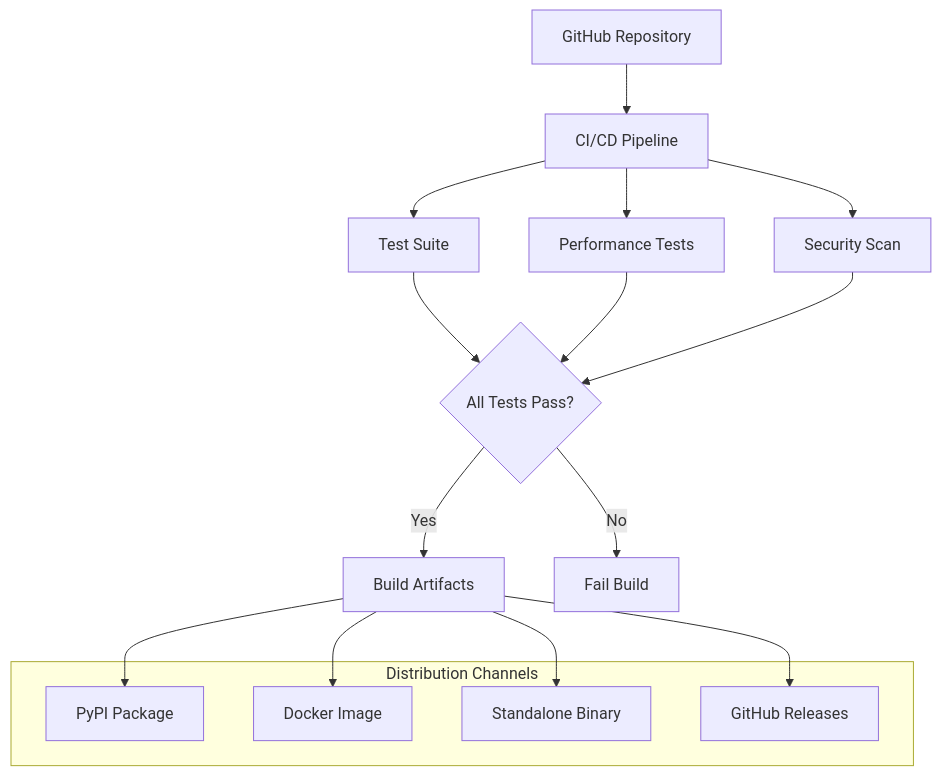
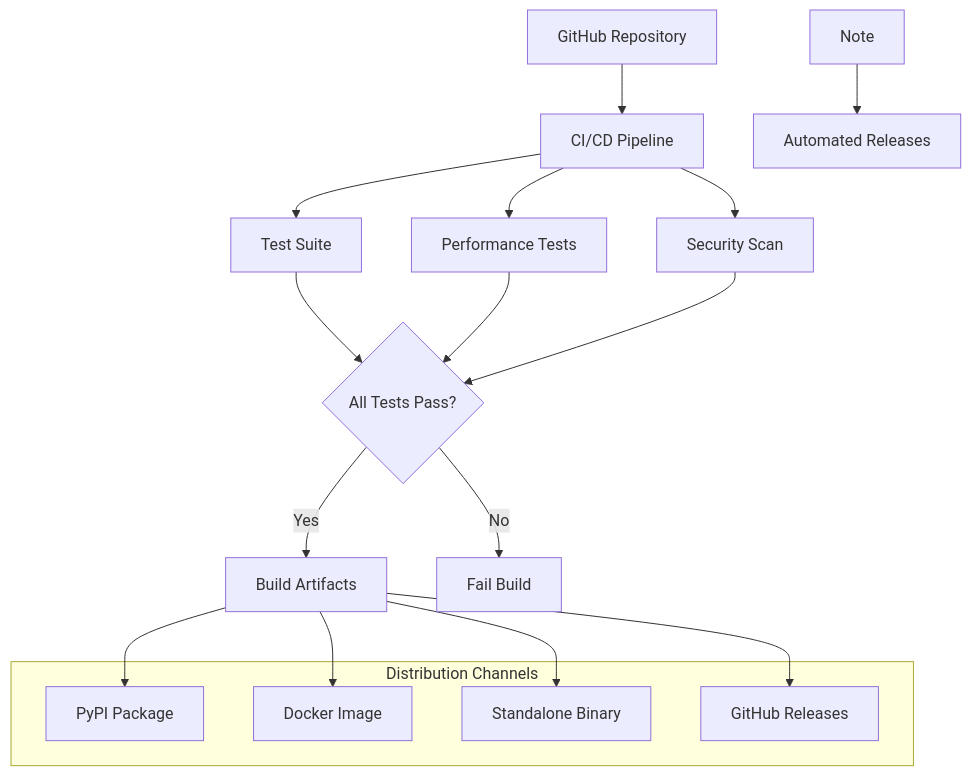
The second of 8 diagrams in docs/specs/architecture_diagrams.md (jim-schilling/splurge-unittest-to-pytest), drawn with Mermaid before and after one commit. The commit also changed other lines of this file and 25 other files, not shown here.

First line of the commit message:
Add comprehensive configuration documentation and schema

````diff
--- a/docs/specs/architecture_diagrams.md
+++ b/docs/specs/architecture_diagrams.md
@@ -64,27 +68,29 @@
 ```mermaid
 graph TB
     A[GitHub Repository] --> B[CI/CD Pipeline]
     B --> C[Test Suite]
     B --> D[Performance Tests]
     B --> E[Security Scan]
     
     C --> F{All Tests Pass?}
     D --> F
     E --> F
     
     F -->|Yes| G[Build Artifacts]
     F -->|No| H[Fail Build]
     
     G --> I[PyPI Package]
     G --> J[Docker Image]
     G --> K[Standalone Binary]
     
     subgraph "Distribution Channels"
         I
         J
         K
         L[GitHub Releases]
     end
+
+    Note[Note] --> M[Automated Releases]
     
     G --> L
 ```
````
